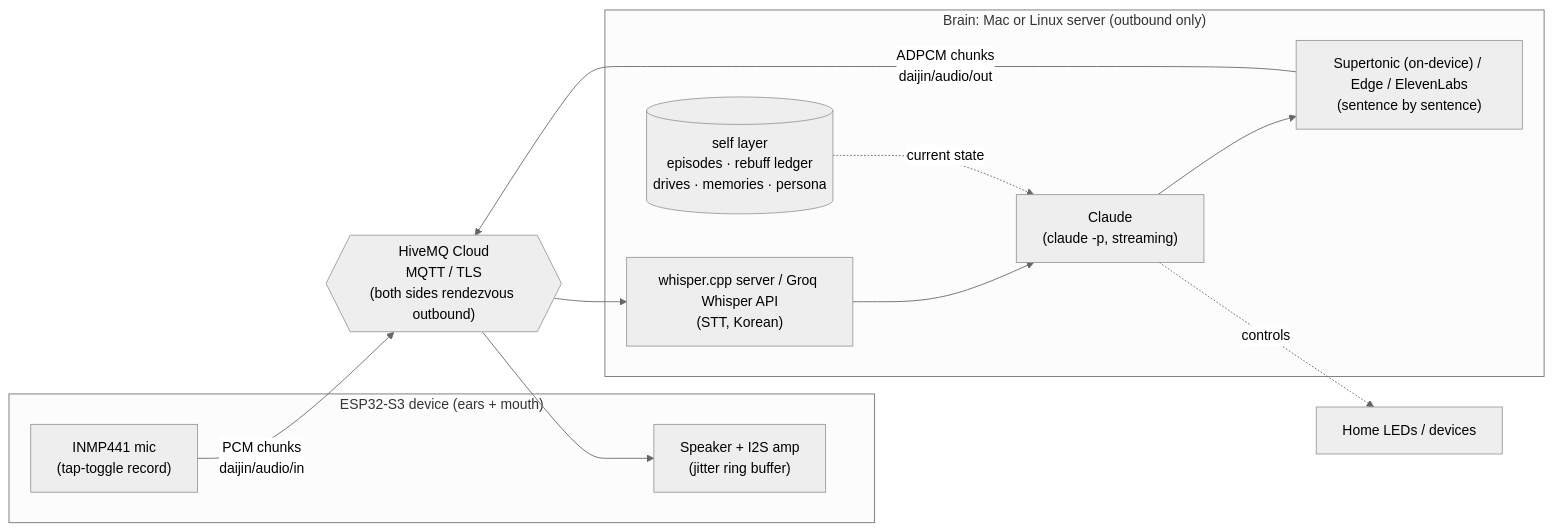
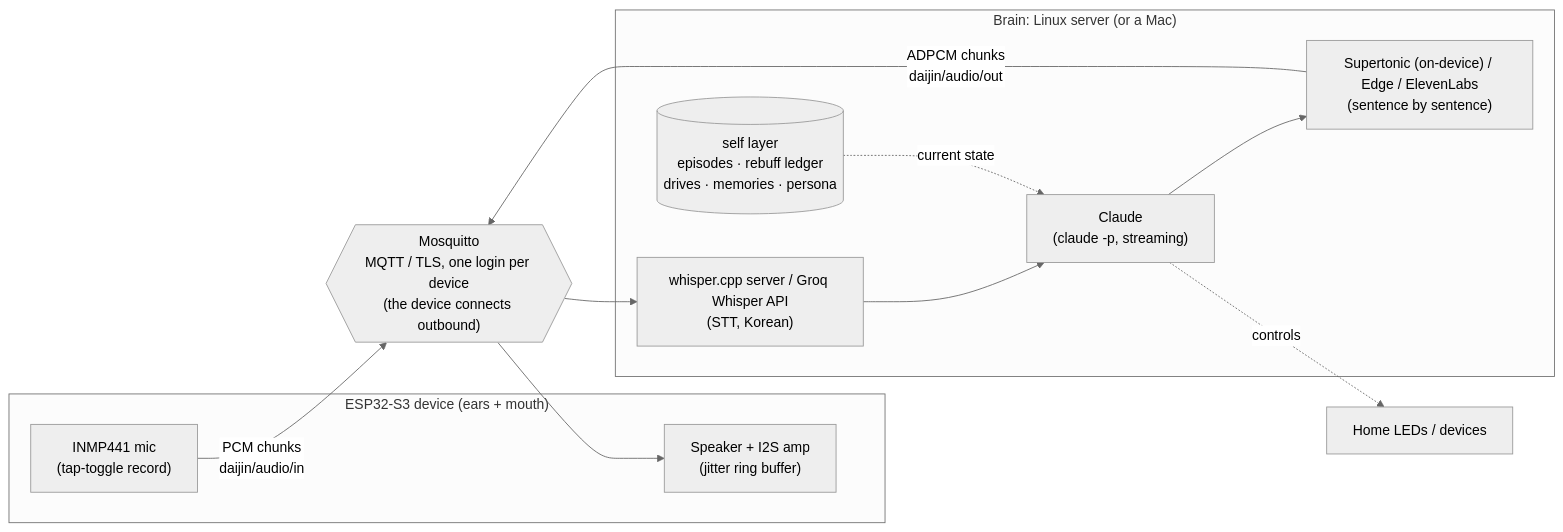
Before and after one commit to nonasking/daijin: the diagram in README.md, drawn with Mermaid (neutral theme). The commit also changed other lines of this file, not shown here.

First line of the commit message:
README: the broker moved onto the brain's server; boards update over the air

````diff
--- a/README.md
+++ b/README.md
@@ -29,25 +29,25 @@
 ```mermaid
 flowchart LR
     subgraph device["ESP32-S3 device (ears + mouth)"]
         MIC["INMP441 mic<br/>(tap-toggle record)"]
         SPK["Speaker + I2S amp<br/>(jitter ring buffer)"]
     end
 
-    BROKER{{"HiveMQ Cloud<br/>MQTT / TLS<br/>(both sides rendezvous outbound)"}}
+    BROKER{{"Mosquitto<br/>MQTT / TLS, one login per device<br/>(the device connects outbound)"}}
 
-    subgraph brain["Brain: Mac or Linux server (outbound only)"]
+    subgraph brain["Brain: Linux server (or a Mac)"]
         STT["whisper.cpp server / Groq Whisper API<br/>(STT, Korean)"]
         AGENT["Claude<br/>(claude -p, streaming)"]
         TTS["Supertonic (on-device) / Edge / ElevenLabs<br/>(sentence by sentence)"]
         SELF[("self layer<br/>episodes · rebuff ledger<br/>drives · memories · persona")]
         STT --> AGENT --> TTS
         SELF -. "current state" .-> AGENT
     end
 
     MIC -- "PCM chunks<br/>daijin/audio/in" --> BROKER
     BROKER --> STT
     TTS -- "ADPCM chunks<br/>daijin/audio/out" --> BROKER
     BROKER --> SPK
 
     AGENT -. "controls" .-> HOME["Home LEDs / devices"]
 ```
````
